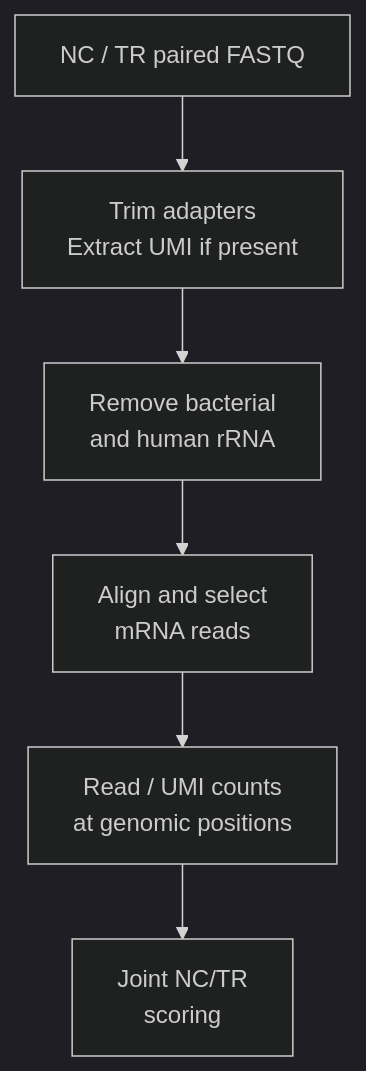
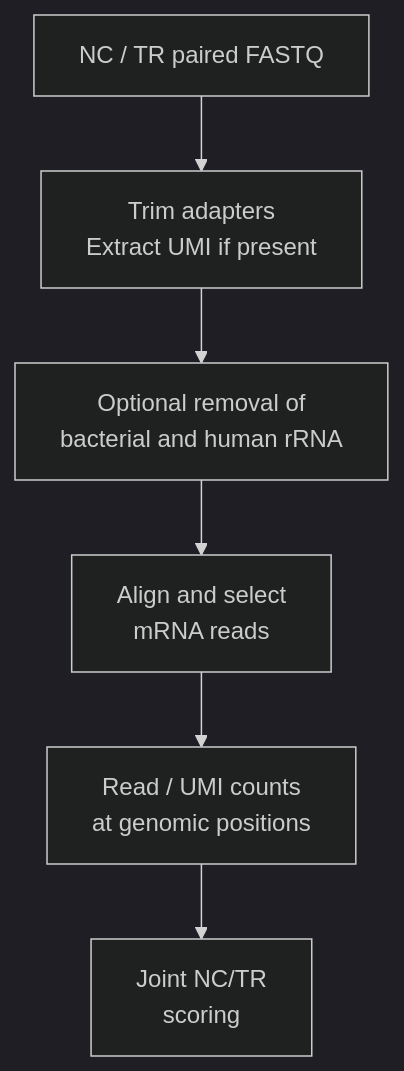
One commit to IvanWoo22/NJU_seq changed the diagram in README.md. Above: the diagram before and after it, drawn with Mermaid (dark theme). The commit also changed other lines of this file and 21 other files, not shown here.

````diff
--- a/README.md
+++ b/README.md
@@ -18,8 +18,8 @@
 ```mermaid
 flowchart TD
   A["NC / TR paired FASTQ"] --> B["Trim adapters<br/>Extract UMI if present"]
-  B --> C["Remove bacterial<br/>and human rRNA"]
+  B --> C["Optional removal of<br/>bacterial and human rRNA"]
   C --> D["Align and select<br/>mRNA reads"]
   D --> E["Read / UMI counts<br/>at genomic positions"]
   E --> F["Joint NC/TR<br/>scoring"]
 ```
````
